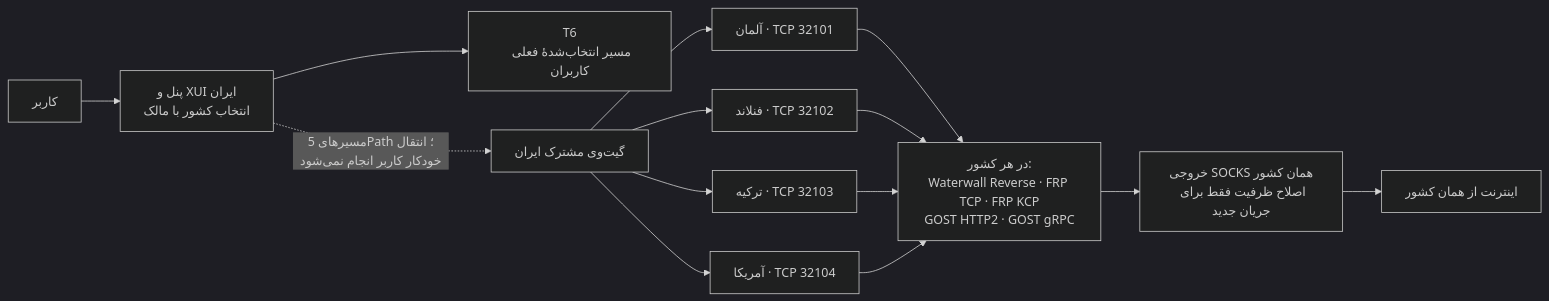
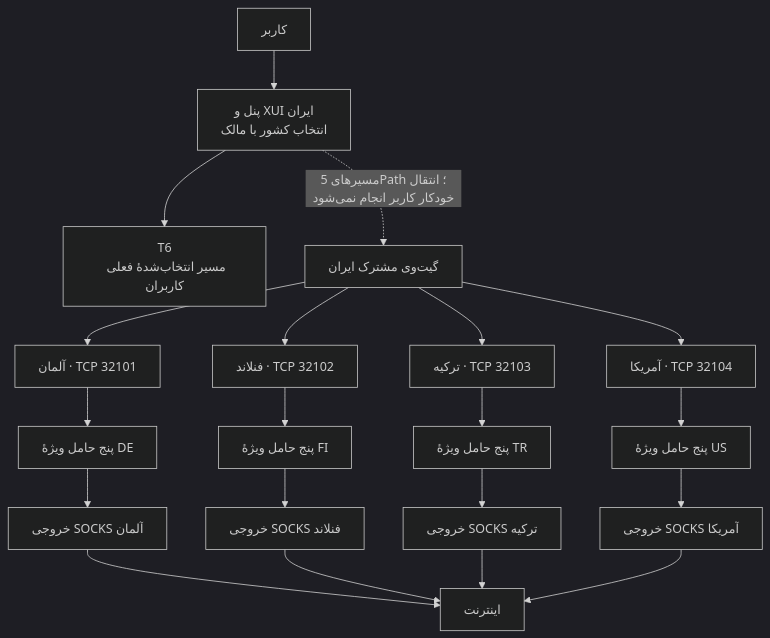
The first of 2 diagrams in README.md (DashSaman/5Path), drawn with Mermaid (dark theme) before and after one commit. The commit also changed other lines of this file and 1 other file, not shown here.

Commit message:
docs: نمایش جداگانهٔ حامل‌ها و خروجی هر کشور

````diff
--- a/README.md
+++ b/README.md
@@ -21,16 +21,22 @@
 ```mermaid
-flowchart LR
+flowchart TB
     U["کاربر"] --> P["پنل و XUI ایران<br/>انتخاب کشور با مالک"]
     P --> T["T6<br/>مسیر انتخاب‌شدهٔ فعلی کاربران"]
     P -. "مسیرهای 5Path؛ انتقال خودکار کاربر انجام نمی‌شود" .-> G["گیت‌وی مشترک ایران"]
     G --> DE["آلمان · TCP 32101"]
     G --> FI["فنلاند · TCP 32102"]
     G --> TR["ترکیه · TCP 32103"]
     G --> US["آمریکا · TCP 32104"]
-    DE --> M["در هر کشور:<br/>Waterwall Reverse · FRP TCP · FRP KCP<br/>GOST HTTP2 · GOST gRPC"]
-    FI --> M
-    TR --> M
-    US --> M
-    M --> E["خروجی SOCKS همان کشور<br/>اصلاح ظرفیت فقط برای جریان جدید"]
-    E --> I["اینترنت از همان کشور"]
+    DE --> DEM["پنج حامل ویژهٔ DE"]
+    FI --> FIM["پنج حامل ویژهٔ FI"]
+    TR --> TRM["پنج حامل ویژهٔ TR"]
+    US --> USM["پنج حامل ویژهٔ US"]
+    DEM --> DEE["خروجی SOCKS آلمان"]
+    FIM --> FIE["خروجی SOCKS فنلاند"]
+    TRM --> TRE["خروجی SOCKS ترکیه"]
+    USM --> USE["خروجی SOCKS آمریکا"]
+    DEE --> I["اینترنت"]
+    FIE --> I
+    TRE --> I
+    USE --> I
 ```
````
